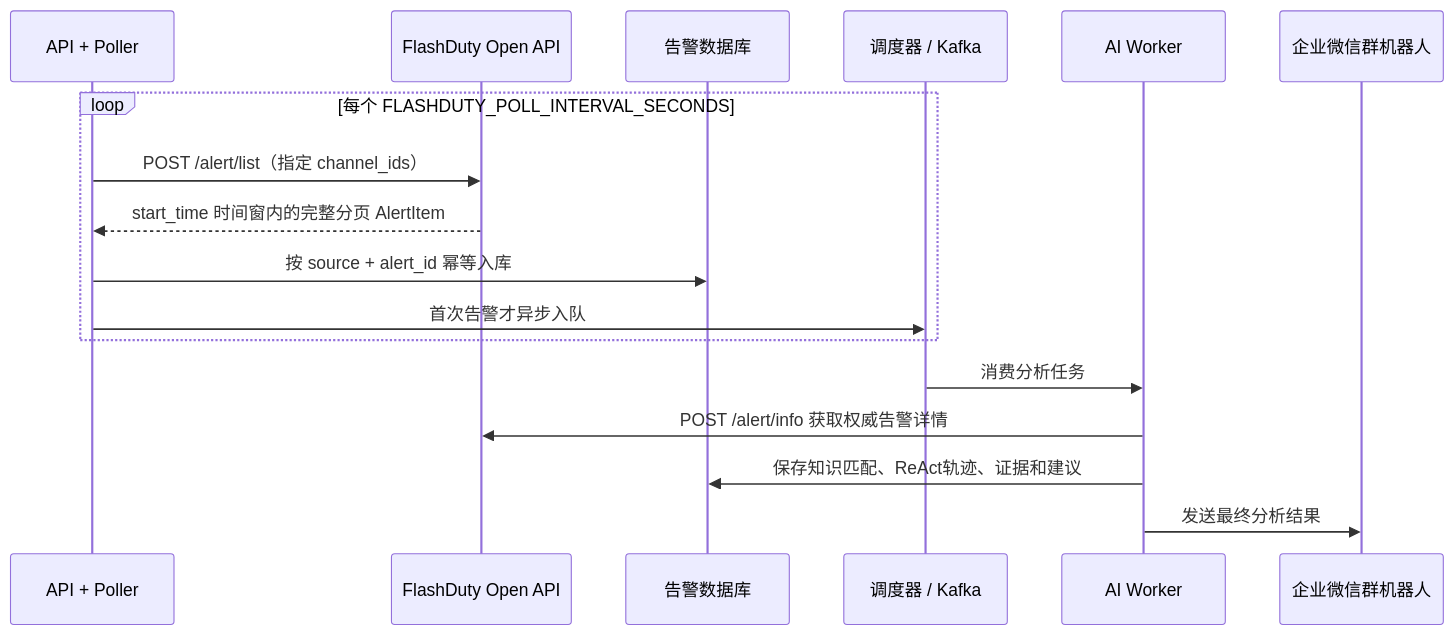
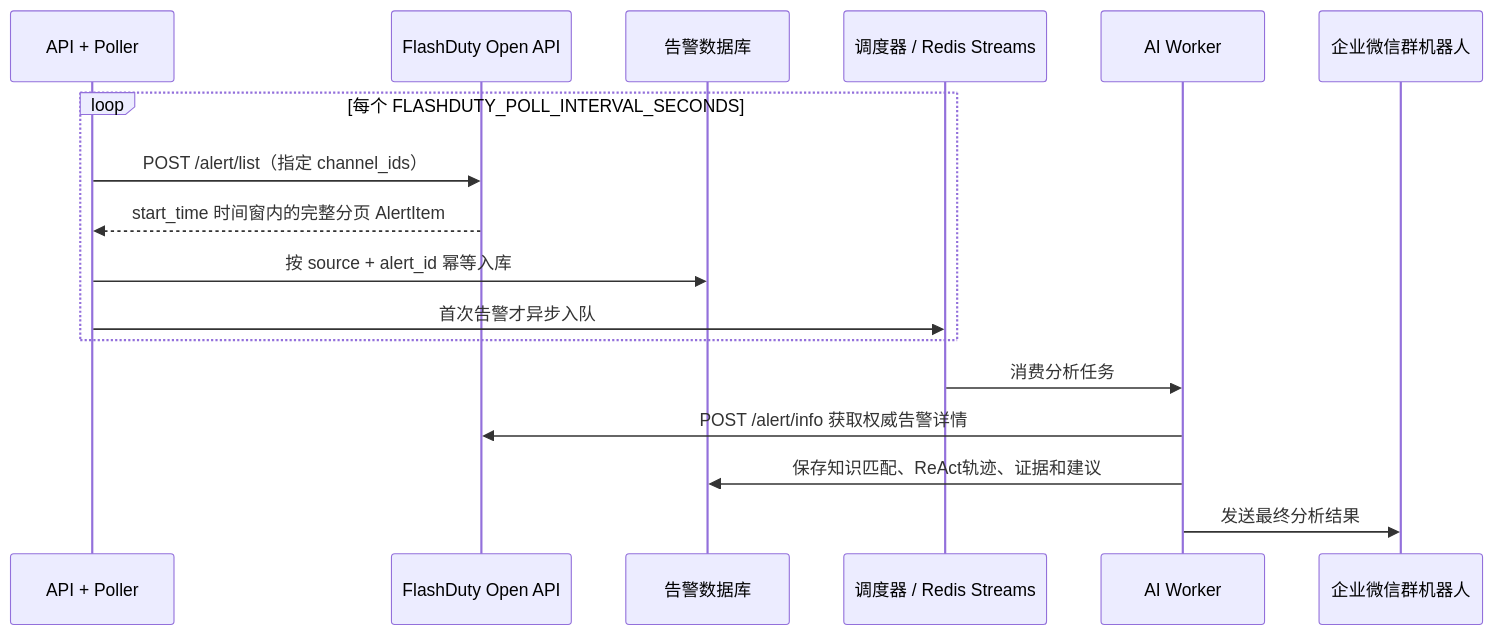
Before and after one commit to 180cmchn/Database-Alert-Agent: the diagram in docs/flashduty-polling/README.md, drawn with Mermaid. The commit also changed 26 other files, not shown here.

````diff
--- a/docs/flashduty-polling/README.md
+++ b/docs/flashduty-polling/README.md
@@ -7,20 +7,20 @@
 ```mermaid
 sequenceDiagram
     participant API as API + Poller
     participant FD as FlashDuty Open API
     participant DB as 告警数据库
-    participant Q as 调度器 / Kafka
+    participant Q as 调度器 / Redis Streams
     participant W as AI Worker
     participant WC as 企业微信群机器人
 
     loop 每个 FLASHDUTY_POLL_INTERVAL_SECONDS
         API->>FD: POST /alert/list（指定 channel_ids）
         FD-->>API: start_time 时间窗内的完整分页 AlertItem
         API->>DB: 按 source + alert_id 幂等入库
         API->>Q: 首次告警才异步入队
     end
     Q->>W: 消费分析任务
     W->>FD: POST /alert/info 获取权威告警详情
     W->>DB: 保存知识匹配、ReAct轨迹、证据和建议
     W->>WC: 发送最终分析结果
 ```
````
